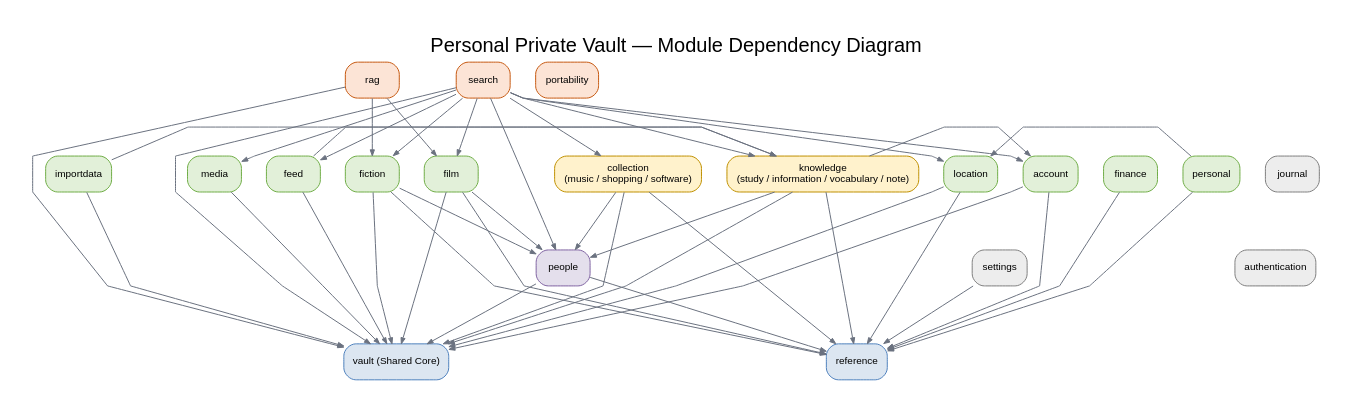
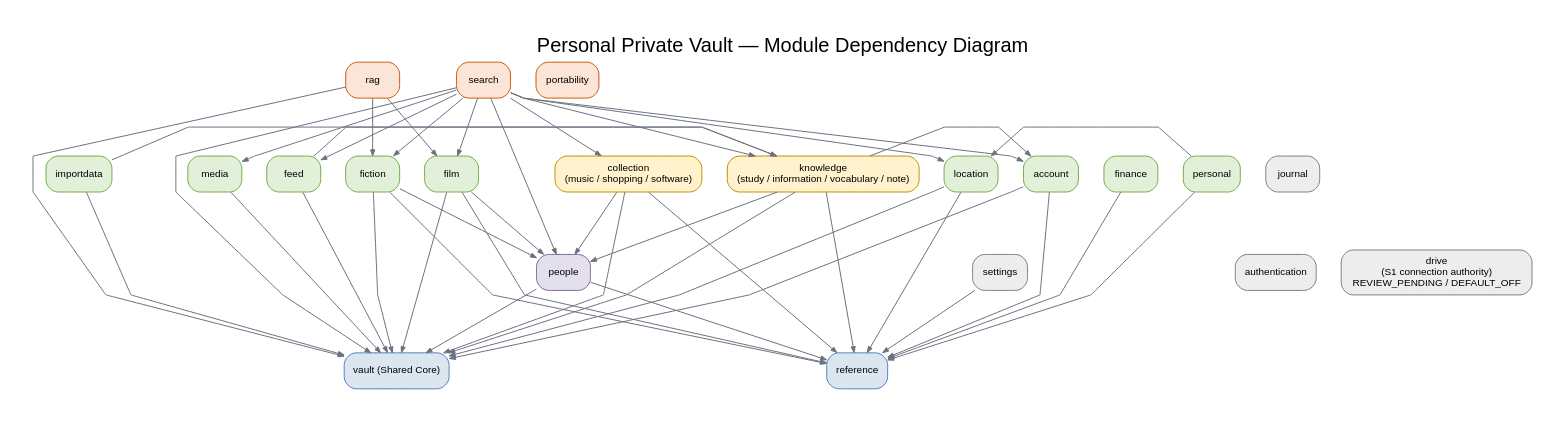
One commit to vhvkhangg/personal-private-vault changed the diagram in docs/architecture/diagrams/source/module-dependencies.dot. Above: the diagram before and after it, drawn with Graphviz. The commit also changed 83 other files, not shown here.

Commit message:
feat(drive): add two-account connection authority

```diff
--- a/docs/architecture/diagrams/source/module-dependencies.dot
+++ b/docs/architecture/diagrams/source/module-dependencies.dot
@@ -1,71 +1,72 @@
 digraph Modules {
 graph [rankdir=TB, bgcolor="white", pad=0.35, nodesep=0.35, ranksep=0.8, splines=polyline, label="Personal Private Vault — Module Dependency Diagram", labelloc=t, fontsize=20, fontname="Arial"];
 node [shape=box, style="rounded,filled", fontname="Arial", fontsize=10, margin="0.14,0.08"];
 edge [color="#6B7280", arrowsize=0.6, penwidth=1.0];
 search [label="search", fillcolor="#FCE4D6", color="#C65911"];
 portability [label="portability", style="rounded,filled", fillcolor="#FCE4D6", color="#C65911"];
 feed [label="feed", fillcolor="#E2F0D9", color="#70AD47"];
 importdata [label="importdata", fillcolor="#E2F0D9", color="#70AD47"];
 knowledge [label="knowledge\n(study / information / vocabulary / note)", fillcolor="#FFF2CC", color="#BF9000"];
 collection [label="collection\n(music / shopping / software)", fillcolor="#FFF2CC", color="#BF9000"];
 account [label="account", fillcolor="#E2F0D9", color="#70AD47"];
 fiction [label="fiction", fillcolor="#E2F0D9", color="#70AD47"];
 film [label="film", fillcolor="#E2F0D9", color="#70AD47"];
 media [label="media", fillcolor="#E2F0D9", color="#70AD47"];
 location [label="location", fillcolor="#E2F0D9", color="#70AD47"];
 finance [label="finance", fillcolor="#E2F0D9", color="#70AD47"];
 journal [label="journal", fillcolor="#EDEDED", color="#7F7F7F"];
 personal [label="personal", fillcolor="#E2F0D9", color="#70AD47"];
 people [label="people", fillcolor="#E4DFEC", color="#8064A2"];
 settings [label="settings", fillcolor="#EDEDED", color="#7F7F7F"];
 authentication [label="authentication", fillcolor="#EDEDED", color="#7F7F7F"];
+drive [label="drive\n(S1 connection authority)\nREVIEW_PENDING / DEFAULT_OFF", fillcolor="#EDEDED", color="#7F7F7F"];
 vault [label="vault (Shared Core)", fillcolor="#DCE6F1", color="#4F81BD"];
 reference [label="reference", fillcolor="#DCE6F1", color="#4F81BD"];
 rag [label="rag", fillcolor="#FCE4D6", color="#C65911"];
 rag -> vault;
 rag -> fiction;
 rag -> film;
 {rank=same; search portability rag}
 {rank=same; feed importdata knowledge collection account}
 {rank=same; fiction film media location finance journal personal}
-{rank=same; people settings authentication}
+{rank=same; people settings authentication drive}
 {rank=same; vault reference}
 settings -> reference;
 people -> vault;
 people -> reference;
 fiction -> vault;
 fiction -> people;
 fiction -> reference;
 film -> vault;
 film -> people;
 film -> reference;
 media -> vault;
 location -> vault;
 location -> reference;
 knowledge -> vault;
 knowledge -> people;
 knowledge -> reference;
 knowledge -> account;
 collection -> vault;
 collection -> people;
 collection -> reference;
 account -> vault;
 account -> reference;
 feed -> vault;
 feed -> knowledge;
 importdata -> vault;
 importdata -> knowledge;
 finance -> reference;
 personal -> reference;
 personal -> location;
 search -> vault;
 search -> people;
 search -> fiction;
 search -> film;
 search -> media;
 search -> location;
 search -> knowledge;
 search -> collection;
 search -> account;
 search -> feed;
 }
```
